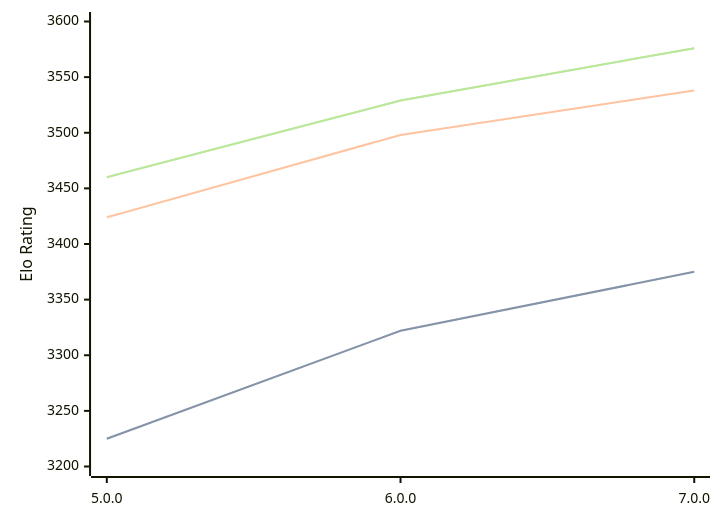
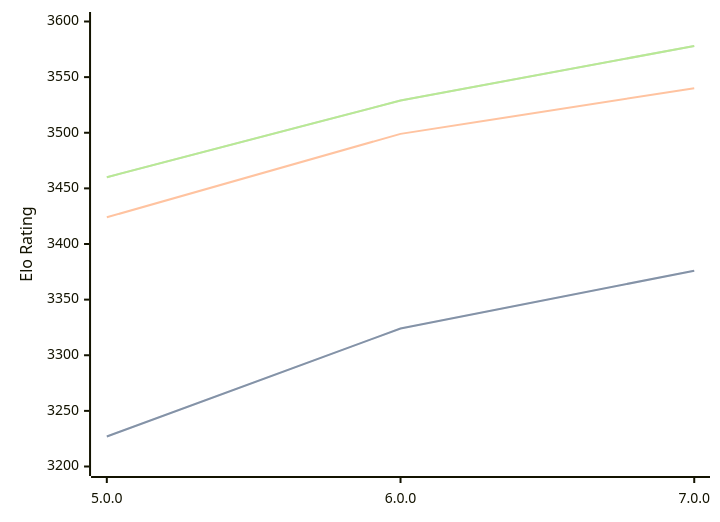
One commit to computer-chess-index/cci changed the diagram in engines/Stormphrax.md. Above: the diagram before and after it, drawn with Mermaid. The commit also changed other lines of this file, not shown here.

Commit message:
Update CCI Ratings (ELO VLTC) - 2026-04-05

````diff
--- a/engines/Stormphrax.md
+++ b/engines/Stormphrax.md
@@ -38,11 +38,11 @@
 ```mermaid
 %%{init: {"theme":"base","themeVariables":{"seriesColors:['#a3a3a3','#222221','#faa371']}}}%%
 xychart-beta
   x-axis ["5.0.0", "6.0.0", "7.0.0"]
   y-axis "Elo Rating" 3200 --> 3600
-  line "STC (8.0+0.08s)" [3225, 3322, 3375]
-  line "STC (8.0+0.08s)" [3225, 3322, 3375]
-  line "LTC (60.0+0.60s)" [3424, 3498, 3538]
-  line "VLTC (2m24s+1.12s)" [3460, 3529, 3576]
-  line "VLTC (2m24s+1.12s)" [3460, 3529, 3576]
+  line "STC (8.0+0.08s)" [3227, 3324, 3376]
+  line "STC (8.0+0.08s)" [3227, 3324, 3376]
+  line "LTC (60.0+0.60s)" [3424, 3499, 3540]
+  line "VLTC (2m24s+1.12s)" [3460, 3529, 3578]
+  line "VLTC (2m24s+1.12s)" [3460, 3529, 3578]
 ```
````
